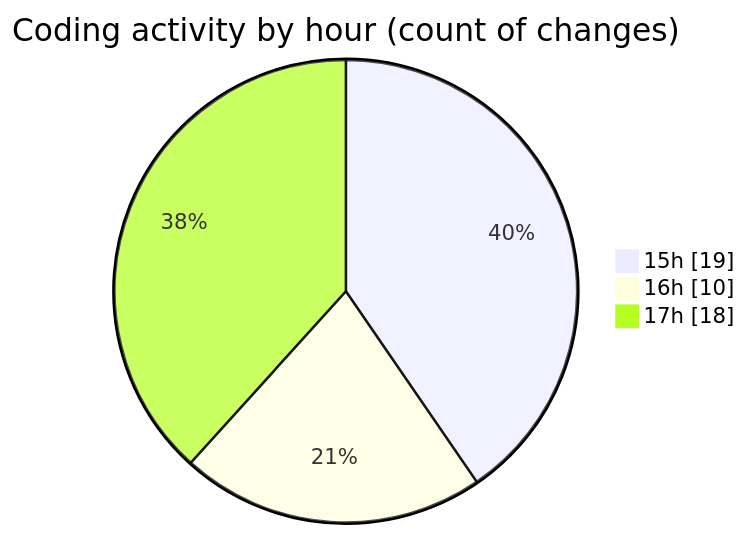
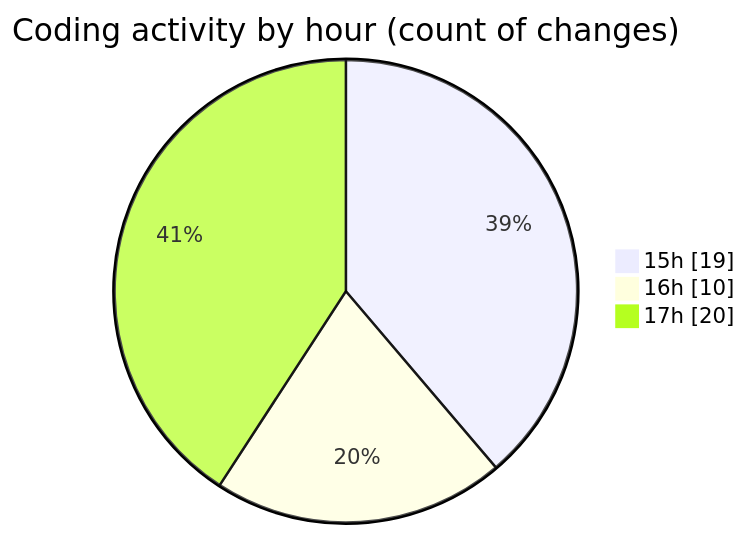
Before and after one commit to nxtqubesakshisongat/code-tracking: the second of 2 diagrams in 2025-10-07/nxtqube_webapp/README.md, drawn with Mermaid. The commit also changed other lines of this file and 1 other file, not shown here.

````diff
--- a/2025-10-07/nxtqube_webapp/README.md
+++ b/2025-10-07/nxtqube_webapp/README.md
@@ -30,7 +31,7 @@
 ```mermaid
 pie showData
 title Coding activity by hour (count of changes)
 "15h" : 19
 "16h" : 10
-"17h" : 18
+"17h" : 20
 ```
````
